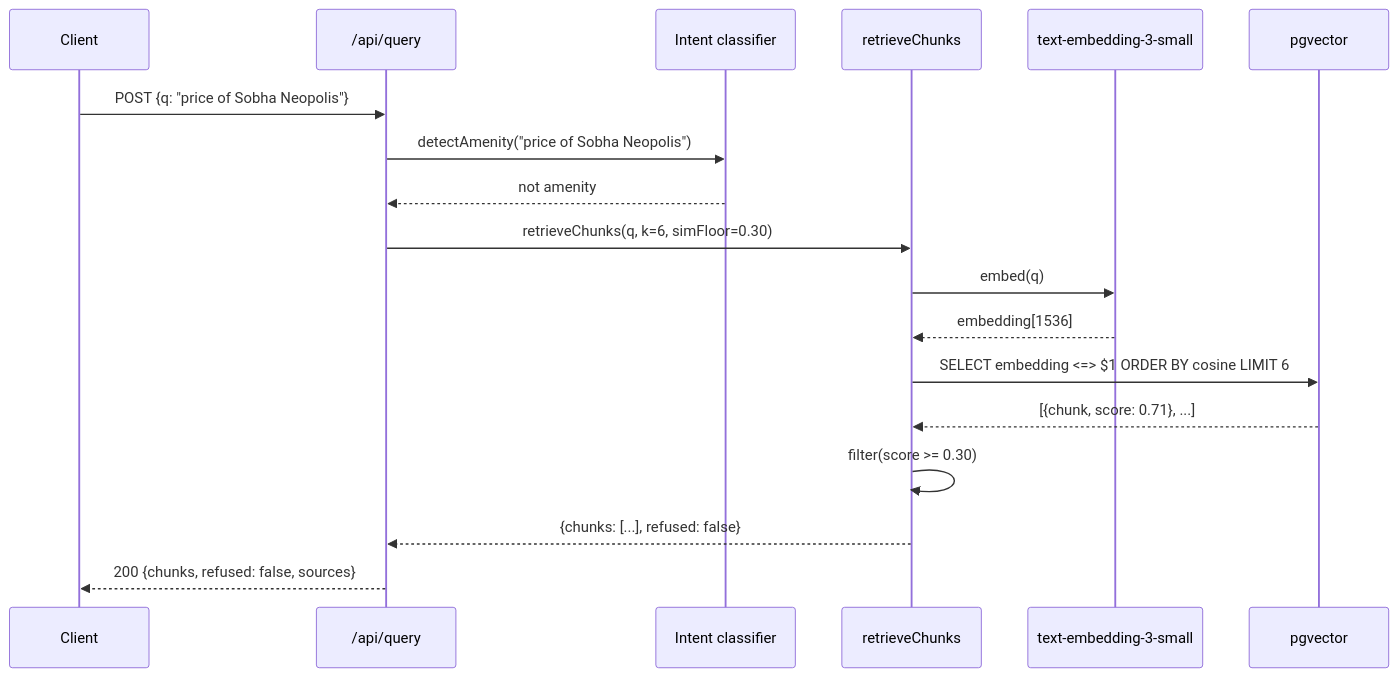
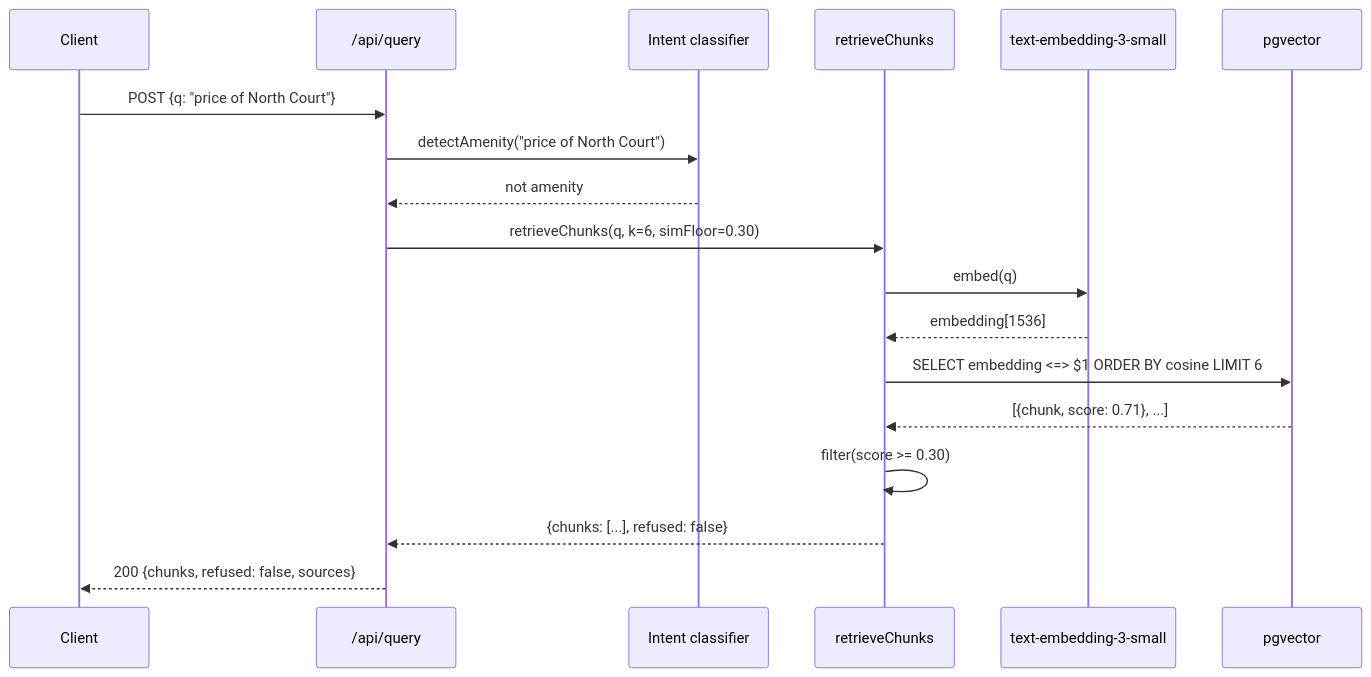
One commit to ykstorm/anchor changed the second of 3 diagrams in ARCHITECTURE.md. Above: the diagram before and after it, drawn with Mermaid. The commit also changed other lines of this file and 50 other files, not shown here.

````diff
--- a/ARCHITECTURE.md
+++ b/ARCHITECTURE.md
@@ -44,21 +44,21 @@
 ```mermaid
 sequenceDiagram
     participant Client
     participant API as /api/query
     participant Intent as Intent classifier
     participant Retriever as retrieveChunks
     participant OpenAI as text-embedding-3-small
     participant PG as pgvector
 
-    Client->>API: POST {q: "price of Sobha Neopolis"}
-    API->>Intent: detectAmenity("price of Sobha Neopolis")
+    Client->>API: POST {q: "price of North Court"}
+    API->>Intent: detectAmenity("price of North Court")
     Intent-->>API: not amenity
     API->>Retriever: retrieveChunks(q, k=6, simFloor=0.30)
     Retriever->>OpenAI: embed(q)
     OpenAI-->>Retriever: embedding[1536]
     Retriever->>PG: SELECT embedding <=> $1 ORDER BY cosine LIMIT 6
     PG-->>Retriever: [{chunk, score: 0.71}, ...]
     Retriever->>Retriever: filter(score >= 0.30)
     Retriever-->>API: {chunks: [...], refused: false}
     API-->>Client: 200 {chunks, refused: false, sources}
 ```
````
